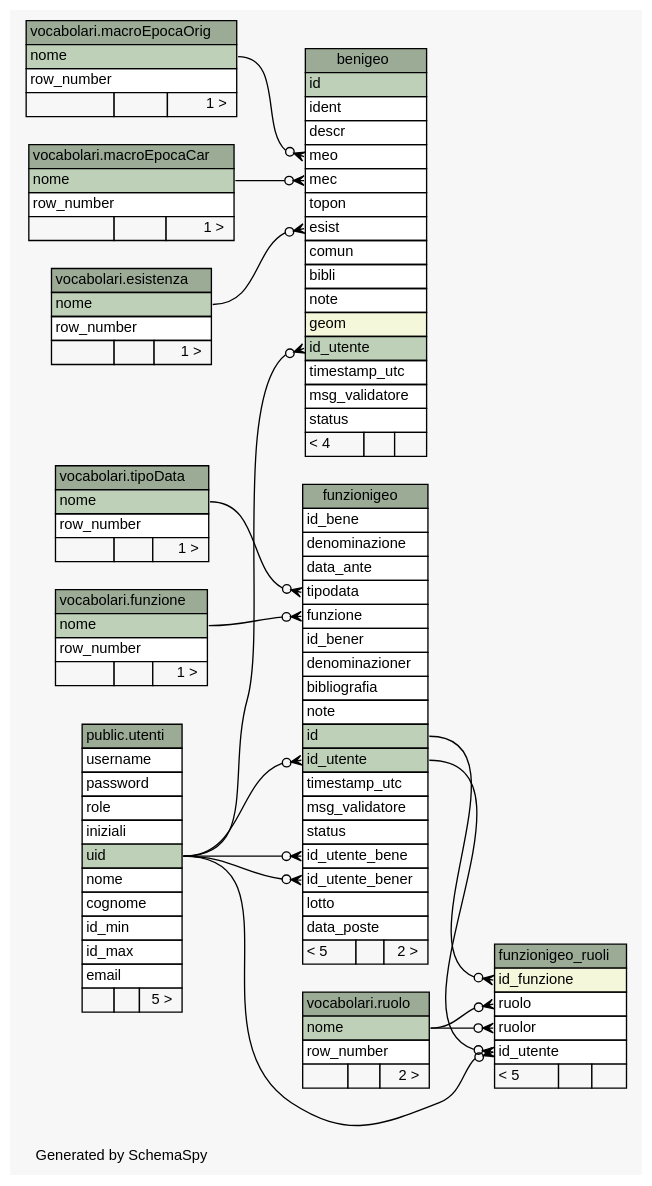
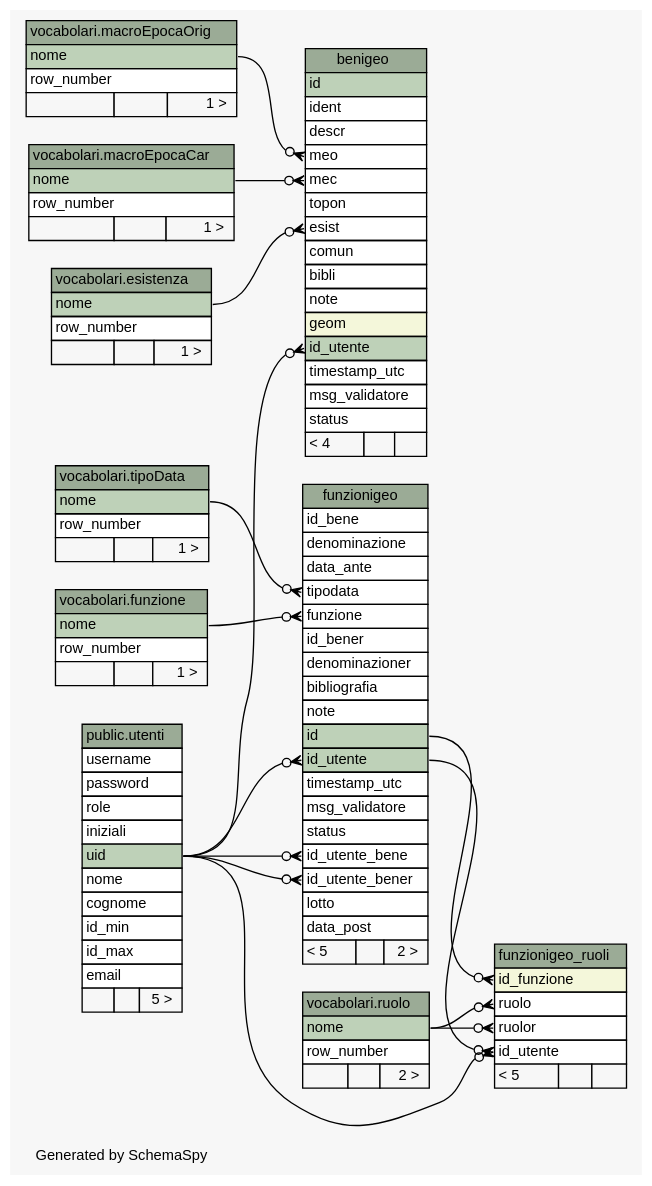
One commit to MaurizioRicci/beniInLunigianaServer changed the diagram in databaseSchemaInterattivo/tmp_db/diagrams/summary/relationships.real.large.dot. Above: the diagram before and after it, drawn with Graphviz. The commit also changed 65 other files, not shown here.

Commit message:
data_poste -> data_post

```diff
--- a/databaseSchemaInterattivo/tmp_db/diagrams/summary/relationships.real.large.dot
+++ b/databaseSchemaInterattivo/tmp_db/diagrams/summary/relationships.real.large.dot
@@ -1,185 +1,185 @@
 // dot 2.38.0 on Windows 10 10.0
 // SchemaSpy rev 590
 digraph "largeRelationshipsDiagram" {
   graph [
     rankdir="RL"
     bgcolor="#f7f7f7"
     label="\nGenerated by SchemaSpy"
     labeljust="l"
     nodesep="0.18"
     ranksep="0.46"
     fontname="Helvetica"
     fontsize="11"
   ];
   node [
     fontname="Helvetica"
     fontsize="11"
     shape="plaintext"
   ];
   edge [
     arrowsize="0.8"
   ];
   "benigeo" [
     label=<
     <TABLE BORDER="0" CELLBORDER="1" CELLSPACING="0" BGCOLOR="#ffffff">
       <TR><TD COLSPAN="3" BGCOLOR="#9bab96" ALIGN="CENTER">benigeo</TD></TR>
       <TR><TD PORT="id" COLSPAN="3" BGCOLOR="#bed1b8" ALIGN="LEFT">id</TD></TR>
       <TR><TD PORT="ident" COLSPAN="3" ALIGN="LEFT">ident</TD></TR>
       <TR><TD PORT="descr" COLSPAN="3" ALIGN="LEFT">descr</TD></TR>
       <TR><TD PORT="meo" COLSPAN="3" ALIGN="LEFT">meo</TD></TR>
       <TR><TD PORT="mec" COLSPAN="3" ALIGN="LEFT">mec</TD></TR>
       <TR><TD PORT="topon" COLSPAN="3" ALIGN="LEFT">topon</TD></TR>
       <TR><TD PORT="esist" COLSPAN="3" ALIGN="LEFT">esist</TD></TR>
       <TR><TD PORT="comun" COLSPAN="3" ALIGN="LEFT">comun</TD></TR>
       <TR><TD PORT="bibli" COLSPAN="3" ALIGN="LEFT">bibli</TD></TR>
       <TR><TD PORT="note" COLSPAN="3" ALIGN="LEFT">note</TD></TR>
       <TR><TD PORT="geom" COLSPAN="3" BGCOLOR="#f4f7da" ALIGN="LEFT">geom</TD></TR>
       <TR><TD PORT="id_utente" COLSPAN="3" BGCOLOR="#bed1b8" ALIGN="LEFT">id_utente</TD></TR>
       <TR><TD PORT="timestamp_utc" COLSPAN="3" ALIGN="LEFT">timestamp_utc</TD></TR>
       <TR><TD PORT="msg_validatore" COLSPAN="3" ALIGN="LEFT">msg_validatore</TD></TR>
       <TR><TD PORT="status" COLSPAN="3" ALIGN="LEFT">status</TD></TR>
       <TR><TD ALIGN="LEFT" BGCOLOR="#f7f7f7">&lt; 4</TD><TD ALIGN="RIGHT" BGCOLOR="#f7f7f7">  </TD><TD ALIGN="RIGHT" BGCOLOR="#f7f7f7">  </TD></TR>
     </TABLE>>
     URL="tables/benigeo.html"
     tooltip="benigeo"
   ];
   "vocabolari.esistenza" [
     label=<
     <TABLE BORDER="0" CELLBORDER="1" CELLSPACING="0" BGCOLOR="#ffffff">
       <TR><TD COLSPAN="3" BGCOLOR="#9bab96" ALIGN="CENTER">vocabolari.esistenza</TD></TR>
       <TR><TD PORT="nome" COLSPAN="3" BGCOLOR="#bed1b8" ALIGN="LEFT">nome</TD></TR>
       <TR><TD PORT="row_number" COLSPAN="3" ALIGN="LEFT">row_number</TD></TR>
       <TR><TD ALIGN="LEFT" BGCOLOR="#f7f7f7">  </TD><TD ALIGN="RIGHT" BGCOLOR="#f7f7f7">  </TD><TD ALIGN="RIGHT" BGCOLOR="#f7f7f7">1 &gt;</TD></TR>
     </TABLE>>
     URL="tables/../../vocabolari/tables/esistenza.html"
     tooltip="vocabolari.esistenza"
   ];
   "vocabolari.funzione" [
     label=<
     <TABLE BORDER="0" CELLBORDER="1" CELLSPACING="0" BGCOLOR="#ffffff">
       <TR><TD COLSPAN="3" BGCOLOR="#9bab96" ALIGN="CENTER">vocabolari.funzione</TD></TR>
       <TR><TD PORT="nome" COLSPAN="3" BGCOLOR="#bed1b8" ALIGN="LEFT">nome</TD></TR>
       <TR><TD PORT="row_number" COLSPAN="3" ALIGN="LEFT">row_number</TD></TR>
       <TR><TD ALIGN="LEFT" BGCOLOR="#f7f7f7">  </TD><TD ALIGN="RIGHT" BGCOLOR="#f7f7f7">  </TD><TD ALIGN="RIGHT" BGCOLOR="#f7f7f7">1 &gt;</TD></TR>
     </TABLE>>
     URL="tables/../../vocabolari/tables/funzione.html"
     tooltip="vocabolari.funzione"
   ];
   "funzionigeo" [
     label=<
     <TABLE BORDER="0" CELLBORDER="1" CELLSPACING="0" BGCOLOR="#ffffff">
       <TR><TD COLSPAN="3" BGCOLOR="#9bab96" ALIGN="CENTER">funzionigeo</TD></TR>
       <TR><TD PORT="id_bene" COLSPAN="3" ALIGN="LEFT">id_bene</TD></TR>
       <TR><TD PORT="denominazione" COLSPAN="3" ALIGN="LEFT">denominazione</TD></TR>
       <TR><TD PORT="data_ante" COLSPAN="3" ALIGN="LEFT">data_ante</TD></TR>
       <TR><TD PORT="tipodata" COLSPAN="3" ALIGN="LEFT">tipodata</TD></TR>
       <TR><TD PORT="funzione" COLSPAN="3" ALIGN="LEFT">funzione</TD></TR>
       <TR><TD PORT="id_bener" COLSPAN="3" ALIGN="LEFT">id_bener</TD></TR>
       <TR><TD PORT="denominazioner" COLSPAN="3" ALIGN="LEFT">denominazioner</TD></TR>
       <TR><TD PORT="bibliografia" COLSPAN="3" ALIGN="LEFT">bibliografia</TD></TR>
       <TR><TD PORT="note" COLSPAN="3" ALIGN="LEFT">note</TD></TR>
       <TR><TD PORT="id" COLSPAN="3" BGCOLOR="#bed1b8" ALIGN="LEFT">id</TD></TR>
       <TR><TD PORT="id_utente" COLSPAN="3" BGCOLOR="#bed1b8" ALIGN="LEFT">id_utente</TD></TR>
       <TR><TD PORT="timestamp_utc" COLSPAN="3" ALIGN="LEFT">timestamp_utc</TD></TR>
       <TR><TD PORT="msg_validatore" COLSPAN="3" ALIGN="LEFT">msg_validatore</TD></TR>
       <TR><TD PORT="status" COLSPAN="3" ALIGN="LEFT">status</TD></TR>
       <TR><TD PORT="id_utente_bene" COLSPAN="3" ALIGN="LEFT">id_utente_bene</TD></TR>
       <TR><TD PORT="id_utente_bener" COLSPAN="3" ALIGN="LEFT">id_utente_bener</TD></TR>
       <TR><TD PORT="lotto" COLSPAN="3" ALIGN="LEFT">lotto</TD></TR>
-      <TR><TD PORT="data_poste" COLSPAN="3" ALIGN="LEFT">data_poste</TD></TR>
+      <TR><TD PORT="data_post" COLSPAN="3" ALIGN="LEFT">data_post</TD></TR>
       <TR><TD ALIGN="LEFT" BGCOLOR="#f7f7f7">&lt; 5</TD><TD ALIGN="RIGHT" BGCOLOR="#f7f7f7">  </TD><TD ALIGN="RIGHT" BGCOLOR="#f7f7f7">2 &gt;</TD></TR>
     </TABLE>>
     URL="tables/funzionigeo.html"
     tooltip="funzionigeo"
   ];
   "funzionigeo_ruoli" [
     label=<
     <TABLE BORDER="0" CELLBORDER="1" CELLSPACING="0" BGCOLOR="#ffffff">
       <TR><TD COLSPAN="3" BGCOLOR="#9bab96" ALIGN="CENTER">funzionigeo_ruoli</TD></TR>
       <TR><TD PORT="id_funzione" COLSPAN="3" BGCOLOR="#f4f7da" ALIGN="LEFT">id_funzione</TD></TR>
       <TR><TD PORT="ruolo" COLSPAN="3" ALIGN="LEFT">ruolo</TD></TR>
       <TR><TD PORT="ruolor" COLSPAN="3" ALIGN="LEFT">ruolor</TD></TR>
       <TR><TD PORT="id_utente" COLSPAN="3" ALIGN="LEFT">id_utente</TD></TR>
       <TR><TD ALIGN="LEFT" BGCOLOR="#f7f7f7">&lt; 5</TD><TD ALIGN="RIGHT" BGCOLOR="#f7f7f7">  </TD><TD ALIGN="RIGHT" BGCOLOR="#f7f7f7">  </TD></TR>
     </TABLE>>
     URL="tables/funzionigeo_ruoli.html"
     tooltip="funzionigeo_ruoli"
   ];
   "vocabolari.macroEpocaCar" [
     label=<
     <TABLE BORDER="0" CELLBORDER="1" CELLSPACING="0" BGCOLOR="#ffffff">
       <TR><TD COLSPAN="3" BGCOLOR="#9bab96" ALIGN="CENTER">vocabolari.macroEpocaCar</TD></TR>
       <TR><TD PORT="nome" COLSPAN="3" BGCOLOR="#bed1b8" ALIGN="LEFT">nome</TD></TR>
       <TR><TD PORT="row_number" COLSPAN="3" ALIGN="LEFT">row_number</TD></TR>
       <TR><TD ALIGN="LEFT" BGCOLOR="#f7f7f7">  </TD><TD ALIGN="RIGHT" BGCOLOR="#f7f7f7">  </TD><TD ALIGN="RIGHT" BGCOLOR="#f7f7f7">1 &gt;</TD></TR>
     </TABLE>>
     URL="tables/../../vocabolari/tables/macroEpocaCar.html"
     tooltip="vocabolari.macroEpocaCar"
   ];
   "vocabolari.macroEpocaOrig" [
     label=<
     <TABLE BORDER="0" CELLBORDER="1" CELLSPACING="0" BGCOLOR="#ffffff">
       <TR><TD COLSPAN="3" BGCOLOR="#9bab96" ALIGN="CENTER">vocabolari.macroEpocaOrig</TD></TR>
       <TR><TD PORT="nome" COLSPAN="3" BGCOLOR="#bed1b8" ALIGN="LEFT">nome</TD></TR>
       <TR><TD PORT="row_number" COLSPAN="3" ALIGN="LEFT">row_number</TD></TR>
       <TR><TD ALIGN="LEFT" BGCOLOR="#f7f7f7">  </TD><TD ALIGN="RIGHT" BGCOLOR="#f7f7f7">  </TD><TD ALIGN="RIGHT" BGCOLOR="#f7f7f7">1 &gt;</TD></TR>
     </TABLE>>
     URL="tables/../../vocabolari/tables/macroEpocaOrig.html"
     tooltip="vocabolari.macroEpocaOrig"
   ];
   "vocabolari.ruolo" [
     label=<
     <TABLE BORDER="0" CELLBORDER="1" CELLSPACING="0" BGCOLOR="#ffffff">
       <TR><TD COLSPAN="3" BGCOLOR="#9bab96" ALIGN="CENTER">vocabolari.ruolo</TD></TR>
       <TR><TD PORT="nome" COLSPAN="3" BGCOLOR="#bed1b8" ALIGN="LEFT">nome</TD></TR>
       <TR><TD PORT="row_number" COLSPAN="3" ALIGN="LEFT">row_number</TD></TR>
       <TR><TD ALIGN="LEFT" BGCOLOR="#f7f7f7">  </TD><TD ALIGN="RIGHT" BGCOLOR="#f7f7f7">  </TD><TD ALIGN="RIGHT" BGCOLOR="#f7f7f7">2 &gt;</TD></TR>
     </TABLE>>
     URL="tables/../../vocabolari/tables/ruolo.html"
     tooltip="vocabolari.ruolo"
   ];
   "vocabolari.tipoData" [
     label=<
     <TABLE BORDER="0" CELLBORDER="1" CELLSPACING="0" BGCOLOR="#ffffff">
       <TR><TD COLSPAN="3" BGCOLOR="#9bab96" ALIGN="CENTER">vocabolari.tipoData</TD></TR>
       <TR><TD PORT="nome" COLSPAN="3" BGCOLOR="#bed1b8" ALIGN="LEFT">nome</TD></TR>
       <TR><TD PORT="row_number" COLSPAN="3" ALIGN="LEFT">row_number</TD></TR>
       <TR><TD ALIGN="LEFT" BGCOLOR="#f7f7f7">  </TD><TD ALIGN="RIGHT" BGCOLOR="#f7f7f7">  </TD><TD ALIGN="RIGHT" BGCOLOR="#f7f7f7">1 &gt;</TD></TR>
     </TABLE>>
     URL="tables/../../vocabolari/tables/tipoData.html"
     tooltip="vocabolari.tipoData"
   ];
   "public.utenti" [
     label=<
     <TABLE BORDER="0" CELLBORDER="1" CELLSPACING="0" BGCOLOR="#ffffff">
       <TR><TD COLSPAN="3" BGCOLOR="#9bab96" ALIGN="CENTER">public.utenti</TD></TR>
       <TR><TD PORT="username" COLSPAN="3" ALIGN="LEFT">username</TD></TR>
       <TR><TD PORT="password" COLSPAN="3" ALIGN="LEFT">password</TD></TR>
       <TR><TD PORT="role" COLSPAN="3" ALIGN="LEFT">role</TD></TR>
       <TR><TD PORT="iniziali" COLSPAN="3" ALIGN="LEFT">iniziali</TD></TR>
       <TR><TD PORT="uid" COLSPAN="3" BGCOLOR="#bed1b8" ALIGN="LEFT">uid</TD></TR>
       <TR><TD PORT="nome" COLSPAN="3" ALIGN="LEFT">nome</TD></TR>
       <TR><TD PORT="cognome" COLSPAN="3" ALIGN="LEFT">cognome</TD></TR>
       <TR><TD PORT="id_min" COLSPAN="3" ALIGN="LEFT">id_min</TD></TR>
       <TR><TD PORT="id_max" COLSPAN="3" ALIGN="LEFT">id_max</TD></TR>
       <TR><TD PORT="email" COLSPAN="3" ALIGN="LEFT">email</TD></TR>
       <TR><TD ALIGN="LEFT" BGCOLOR="#f7f7f7">  </TD><TD ALIGN="RIGHT" BGCOLOR="#f7f7f7">  </TD><TD ALIGN="RIGHT" BGCOLOR="#f7f7f7">5 &gt;</TD></TR>
     </TABLE>>
     URL="tables/../../public/tables/utenti.html"
     tooltip="public.utenti"
   ];
   "benigeo":"esist":w -> "vocabolari.esistenza":"nome":e [arrowhead=none dir=back arrowtail=crowodot];
   "benigeo":"id_utente":w -> "public.utenti":"uid":e [arrowhead=none dir=back arrowtail=crowodot];
   "benigeo":"mec":w -> "vocabolari.macroEpocaCar":"nome":e [arrowhead=none dir=back arrowtail=crowodot];
   "benigeo":"meo":w -> "vocabolari.macroEpocaOrig":"nome":e [arrowhead=none dir=back arrowtail=crowodot];
   "funzionigeo":"funzione":w -> "vocabolari.funzione":"nome":e [arrowhead=none dir=back arrowtail=crowodot];
   "funzionigeo":"id_utente":w -> "public.utenti":"uid":e [arrowhead=none dir=back arrowtail=crowodot];
   "funzionigeo":"id_utente_bene":w -> "public.utenti":"uid":e [arrowhead=none dir=back arrowtail=crowodot];
   "funzionigeo":"id_utente_bener":w -> "public.utenti":"uid":e [arrowhead=none dir=back arrowtail=crowodot];
   "funzionigeo":"tipodata":w -> "vocabolari.tipoData":"nome":e [arrowhead=none dir=back arrowtail=crowodot];
   "funzionigeo_ruoli":"id_funzione":w -> "funzionigeo":"id":e [arrowhead=none dir=back arrowtail=crowodot];
   "funzionigeo_ruoli":"id_utente":w -> "funzionigeo":"id_utente":e [arrowhead=none dir=back arrowtail=crowodot];
   "funzionigeo_ruoli":"id_utente":w -> "public.utenti":"uid":e [arrowhead=none dir=back arrowtail=crowodot];
   "funzionigeo_ruoli":"ruolo":w -> "vocabolari.ruolo":"nome":e [arrowhead=none dir=back arrowtail=crowodot];
   "funzionigeo_ruoli":"ruolor":w -> "vocabolari.ruolo":"nome":e [arrowhead=none dir=back arrowtail=crowodot];
 }
```
